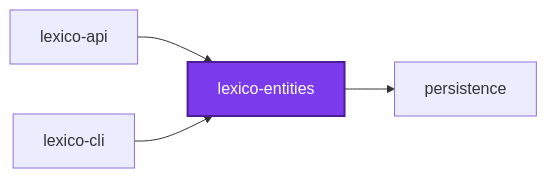
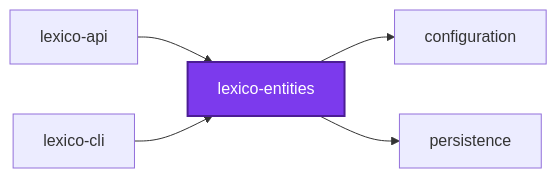
The first of 3 diagrams in projects/lexico/lexico-entities/README.md (organizzolini/codebase), drawn with Mermaid before and after one commit. The commit also changed other lines of this file and 2324 other files, not shown here.

````diff
--- a/projects/lexico/lexico-entities/README.md
+++ b/projects/lexico/lexico-entities/README.md
@@ -269,12 +269,14 @@
 ```mermaid
 graph LR
+  configuration["configuration"]
   lexico_api["lexico-api"]
   lexico_cli["lexico-cli"]
   lexico_entities["lexico-entities"]
   persistence["persistence"]
   lexico_api --> lexico_entities
   lexico_cli --> lexico_entities
+  lexico_entities --> configuration
   lexico_entities --> persistence
   classDef subject fill:#7c3aed,color:#fff,stroke:#4c1d95,stroke-width:2px
   class lexico_entities subject
 ```
````
